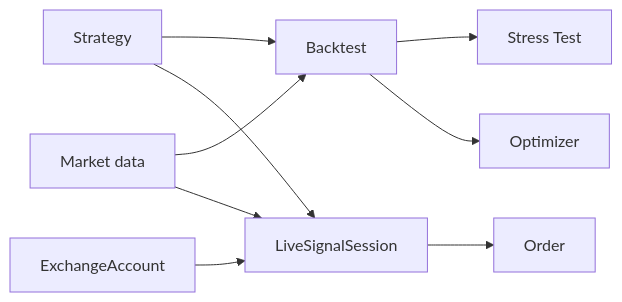
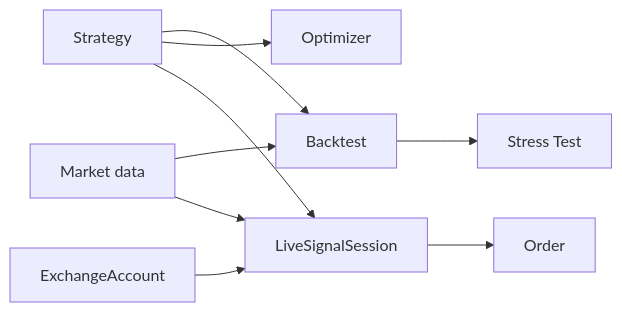
The diagram in docs/domain/domain-overview.md (woosung-dev/quantbridge), drawn with Mermaid before and after one commit. The commit also changed other lines of this file and 32 other files, not shown here.

````diff
--- a/docs/domain/domain-overview.md
+++ b/docs/domain/domain-overview.md
@@ -31,11 +33,11 @@
 ```mermaid
 flowchart LR
     S[Strategy] --> B[Backtest]
     B --> ST[Stress Test]
-    B --> O[Optimizer]
+    S --> O[Optimizer]
     S --> LS[LiveSignalSession]
     EA[ExchangeAccount] --> LS
     LS --> OR[Order]
     MD[Market data] --> B
     MD --> LS
 ```
````
